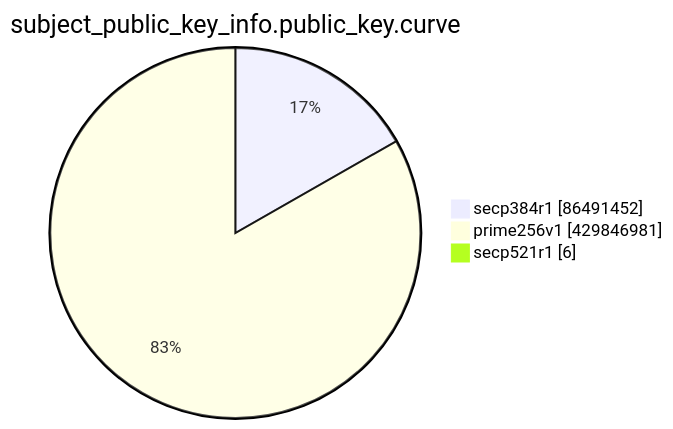
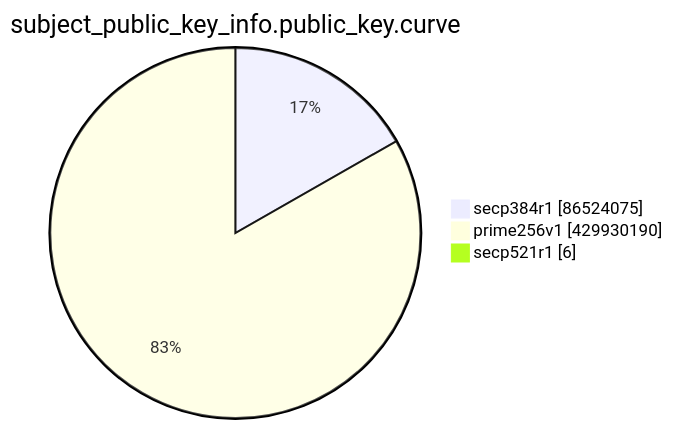
The eighth of 15 diagrams in TOTAL/README.md (christiankrug/ctmonitor_visualization), drawn with Mermaid before and after one commit. The commit also changed other lines of this file, not shown here.

````diff
--- a/TOTAL/README.md
+++ b/TOTAL/README.md
@@ -3100,7 +3100,7 @@
 ```mermaid
 pie showData
 title subject_public_key_info.public_key.curve
-"secp384r1" :86491452
-"prime256v1" :429846981
+"secp384r1" :86524075
+"prime256v1" :429930190
 "secp521r1" :6
 ```
````
